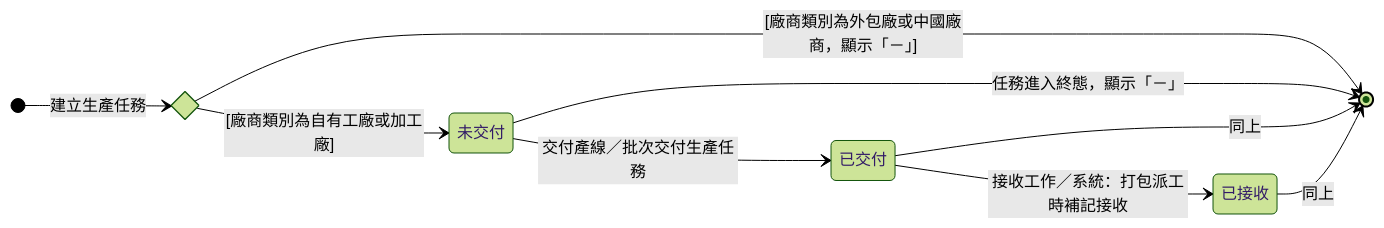
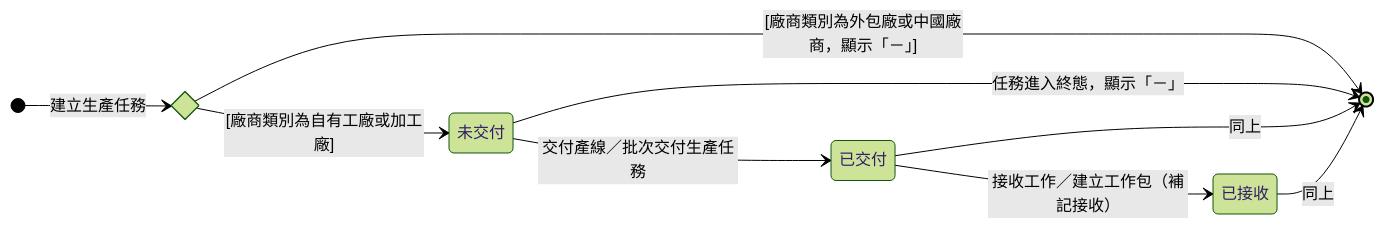
The diagram in memory/Sens_wiki/wiki/erp/06-state-machines/生產任務交付狀態.md (Kawato-Miles/erp-spec), drawn with Mermaid (forest theme) before and after one commit. The commit also changed other lines of this file and 35 other files, not shown here.

````diff
--- a/memory/Sens_wiki/wiki/erp/06-state-machines/生產任務交付狀態.md
+++ b/memory/Sens_wiki/wiki/erp/06-state-machines/生產任務交付狀態.md
@@ -53,20 +53,20 @@
 ```mermaid
 stateDiagram-v2
     direction LR
 
     state c_init <<choice>>
     [*] --> c_init : 建立生產任務
 
     state "未交付" as d_none
     state "已交付" as d_delivered
     state "已接收" as d_received
 
     c_init --> d_none : [廠商類別為自有工廠或加工廠]
     c_init --> [*] : [廠商類別為外包廠或中國廠商，顯示「－」]
     d_none --> d_delivered : 交付產線／批次交付生產任務
-    d_delivered --> d_received : 接收工作／系統：打包派工時補記接收
+    d_delivered --> d_received : 接收工作／建立工作包（補記接收）
 
     d_none --> [*] : 任務進入終態，顯示「－」
     d_delivered --> [*] : 同上
     d_received --> [*] : 同上
 ```
````
